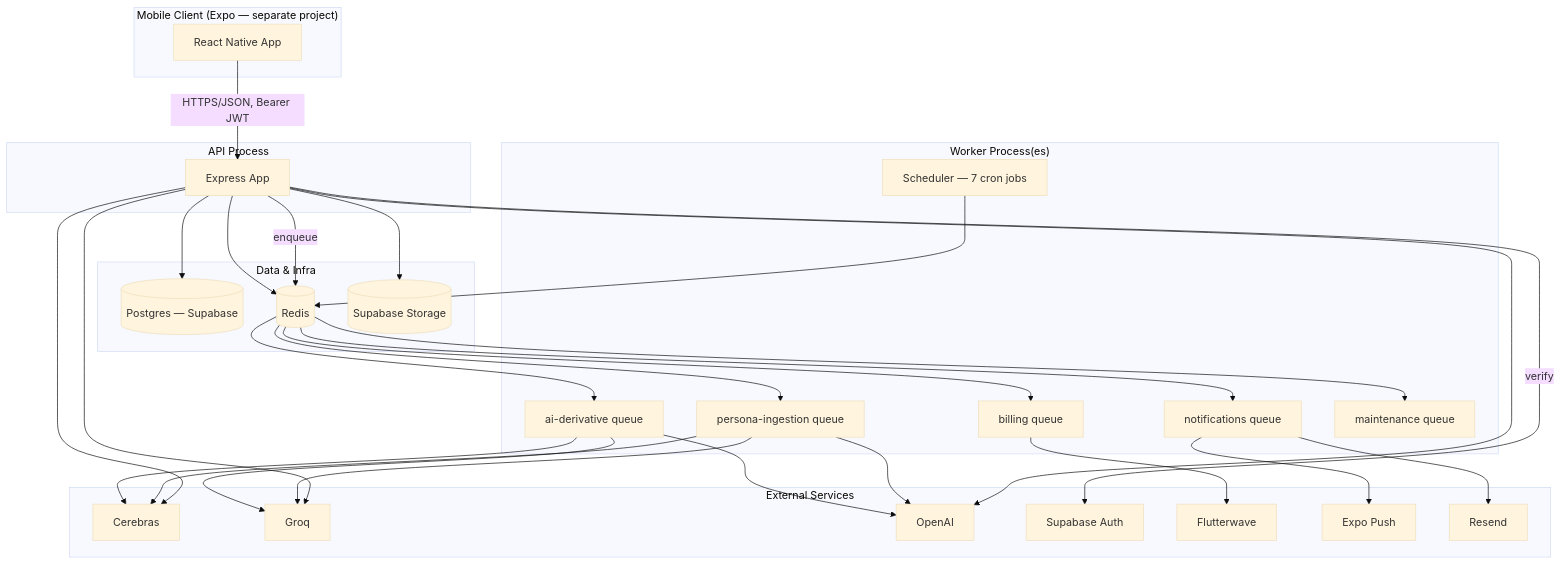
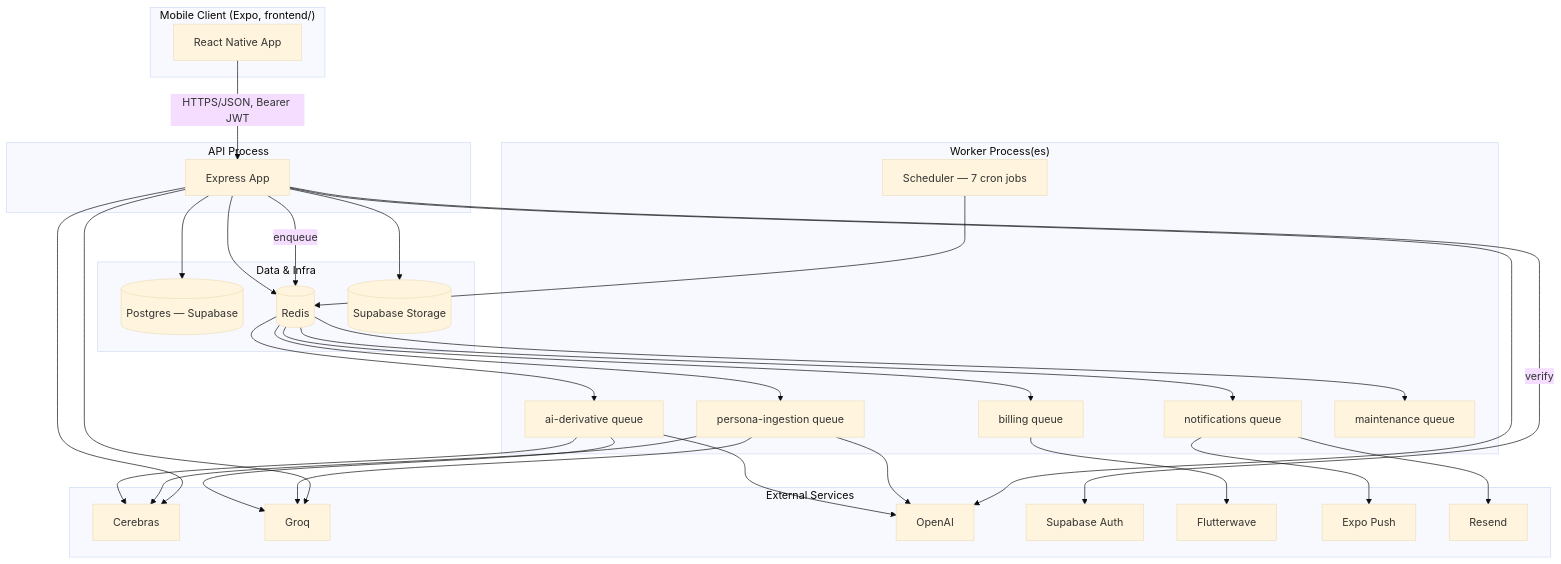
One commit to Devpaul-01/Dryrun changed the first of 7 diagrams in ARCHITECTURE.md. Above: the diagram before and after it, drawn with Mermaid (base theme). The commit also changed other lines of this file, not shown here.

Commit message:
Update ARCHITECTURE scope now that the client is in the repo
The scope line and system diagram called the mobile client a separate,
in-progress project. It ships in frontend/ in this repository, so say so
and link its docs.

````diff
--- a/ARCHITECTURE.md
+++ b/ARCHITECTURE.md
@@ -21,52 +21,52 @@
 ```mermaid
 flowchart TB
-    subgraph Client["Mobile Client (Expo — separate project)"]
+    subgraph Client["Mobile Client (Expo, frontend/)"]
         APP[React Native App]
     end
 
     subgraph API["API Process"]
         EX[Express App]
     end
 
     subgraph Workers["Worker Process(es)"]
         W1[ai-derivative queue]
         W2[persona-ingestion queue]
         W3[billing queue]
         W4[notifications queue]
         W5[maintenance queue]
         SCHED[Scheduler — 7 cron jobs]
     end
 
     subgraph Data["Data & Infra"]
         PG[(Postgres — Supabase)]
         RD[(Redis)]
         ST[(Supabase Storage)]
     end
 
     subgraph External["External Services"]
         AI1[Cerebras]
         AI2[Groq]
         AI3[OpenAI]
         SBAUTH[Supabase Auth]
         FW[Flutterwave]
         EXPO[Expo Push]
         RESEND[Resend]
     end
 
     APP -->|HTTPS/JSON, Bearer JWT| EX
     EX --> PG
     EX --> RD
     EX --> ST
     EX -->|verify| SBAUTH
     EX -->|enqueue| RD
 
     RD --> W1 & W2 & W3 & W4 & W5
     SCHED --> RD
 
     W1 --> AI1 & AI2 & AI3
     W2 --> AI1 & AI2 & AI3
     W3 --> FW
     W4 --> EXPO
     W4 --> RESEND
     EX --> AI1 & AI2 & AI3
 ```
````
